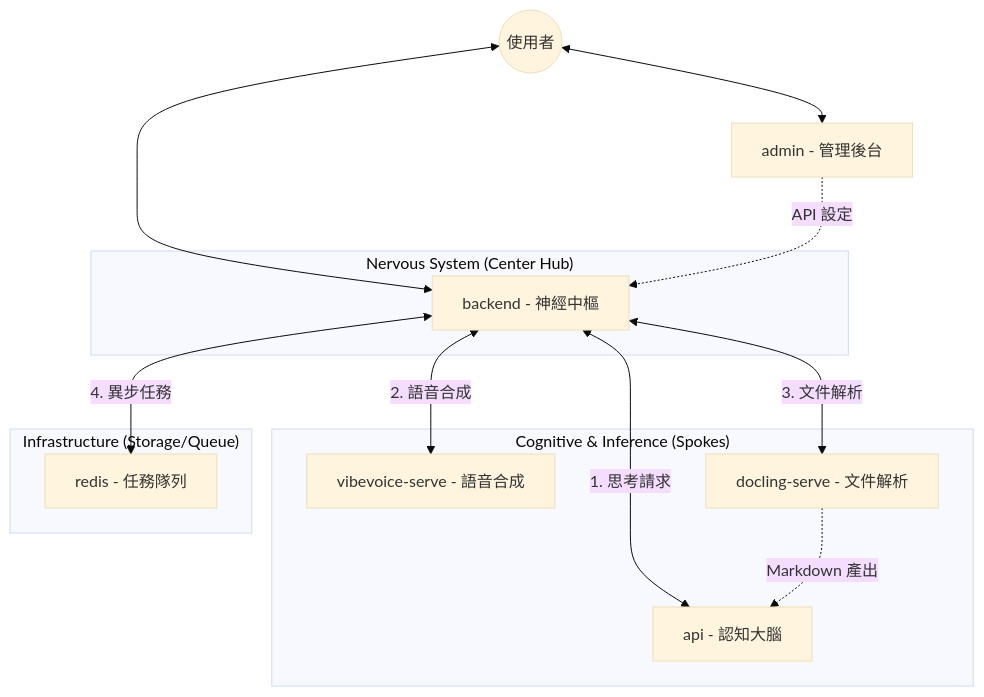
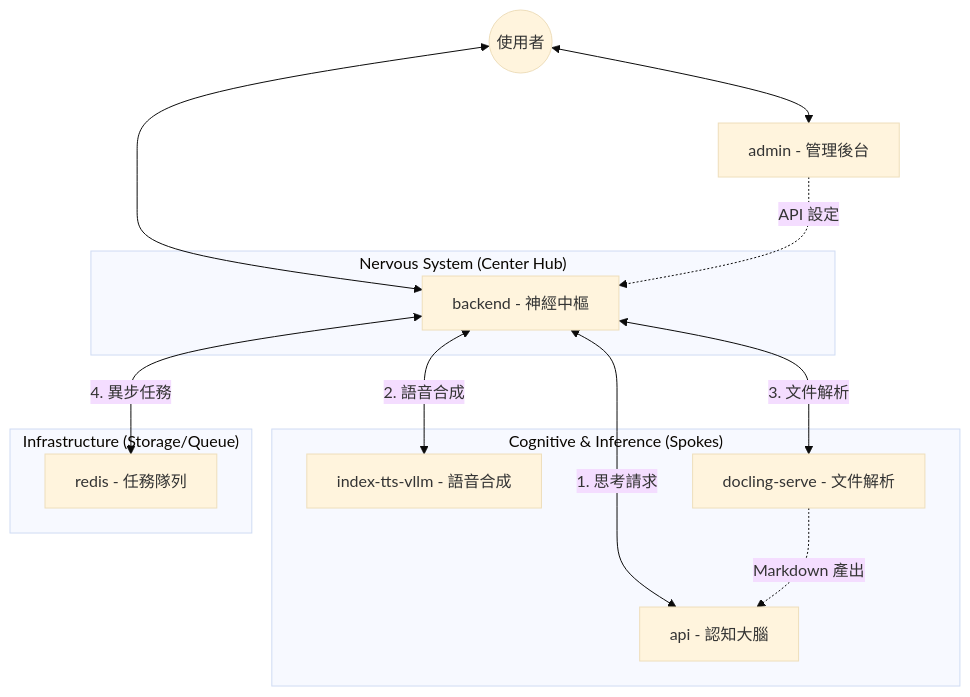
Before and after one commit to CreateIntelligens/openVman: the diagram in docs/10_MICROSERVICES_GUIDE.md, drawn with Mermaid (base theme). The commit also changed other lines of this file and 18 other files, not shown here.

Commit message:
refactor: remove VibeVoice tts provider

````diff
--- a/docs/10_MICROSERVICES_GUIDE.md
+++ b/docs/10_MICROSERVICES_GUIDE.md
@@ -11,29 +11,29 @@
 ```mermaid
 graph TD
     User((使用者)) <--> Frontend[admin - 管理後台]
     User <--> Backend[backend - 神經中樞]
     
     subgraph "Nervous System (Center Hub)"
         Backend
     end
     
     subgraph "Cognitive & Inference (Spokes)"
-        VibeVoice[vibevoice-serve - 語音合成]
+        IndexTTS[index-tts-vllm - 語音合成]
         Docling[docling-serve - 文件解析]
         Brain[api - 認知大腦]
     end
     
     subgraph "Infrastructure (Storage/Queue)"
         Redis[redis - 任務隊列]
     end
     
     %% Backend is the coordinator
     Backend <-->|1. 思考請求| Brain
-    Backend <-->|2. 語音合成| VibeVoice
+    Backend <-->|2. 語音合成| IndexTTS
     Backend <-->|3. 文件解析| Docling
     Backend <-->|4. 異步任務| Redis
     
     %% Cross-service data flow
     Docling -.->|Markdown 產出| Brain
     Frontend -.->|API 設定| Backend
 ```
````
